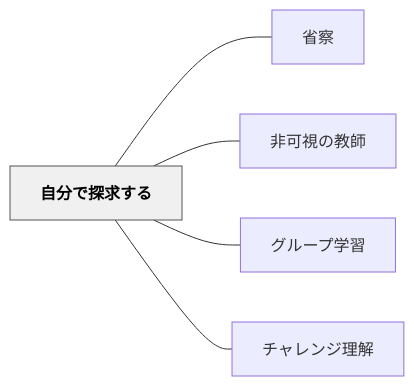
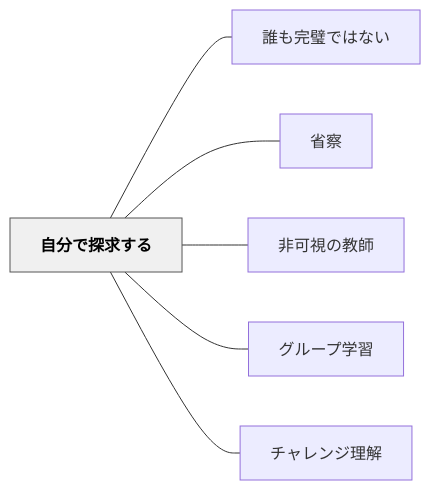
Before and after one commit to unknownthings-ed-patterns/unknownthings-ed-patterns: the diagram in content/パタン/自分で探求する.md, drawn with Mermaid. The commit also changed other lines of this file and 473 other files, not shown here.

````diff
--- a/content/パタン/自分で探求する.md
+++ b/content/パタン/自分で探求する.md
@@ -86,16 +87,18 @@
 ```mermaid
 flowchart LR
     ne887aae58886["自分で探求する"]
+    ne8aab0e38282["誰も完璧ではない"]
     ne79c81e5af9f["省察"]
     ne99d9ee58faf["非可視の教師"]
     ne382b0e383ab["グループ学習"]
     ne38381e383a3["チャレンジ理解"]
 
+    ne887aae58886 --- ne8aab0e38282
     ne887aae58886 --- ne79c81e5af9f
     ne887aae58886 --- ne99d9ee58faf
     ne887aae58886 --- ne382b0e383ab
     ne887aae58886 --- ne38381e383a3
 
     classDef hub fill:#f0f0f0,stroke:#555,color:#000,font-weight:bold
     class ne887aae58886 hub
 ```
````
